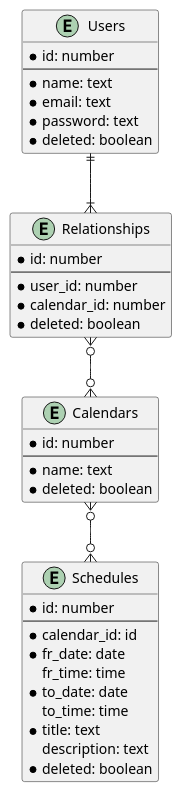
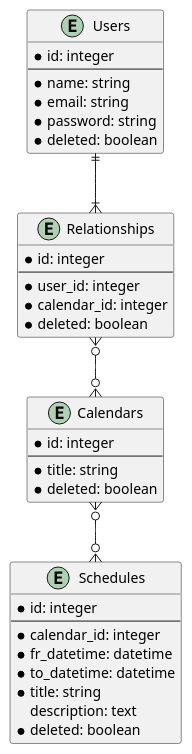
Before and after one commit to tee2pee/sample-scheduler-server: the diagram in docs/model.pu, drawn with PlantUML. The commit also changed 14 other files, not shown here.

```diff
--- a/docs/model.pu
+++ b/docs/model.pu
@@ -1,45 +1,44 @@
 @startuml model
 
 entity "Users" as users {
-  *id: number
+  *id: integer
   --
-  *name: text
-  *email: text
-  *password: text
+  *name: string
+  *email: string
+  *password: string
   *deleted: boolean
 }
 
 entity "Relationships" as relationships {
-  *id: number
+  *id: integer
   --
-  *user_id: number
-  *calendar_id: number
+  *user_id: integer
+  *calendar_id: integer
+  'permission: number
   *deleted: boolean
 }
 
 entity "Calendars" as calendars {
-  *id: number
+  *id: integer
   --
-  *name: text
+  *title: string
   *deleted: boolean
   ' kind: number (private, public)
 }
 
 entity "Schedules" as schedules {
-  *id: number
+  *id: integer
   --
-  *calendar_id: id
-  *fr_date: date
-  fr_time: time
-  *to_date: date
-  to_time: time
-  *title: text
+  *calendar_id: integer
+  *fr_datetime: datetime
+  *to_datetime: datetime
+  *title: string
   description: text
   *deleted: boolean
 }
 
 users ||--|{ relationships
 relationships }o--o{ calendars
 calendars }o--o{ schedules
 
 @enduml
```
